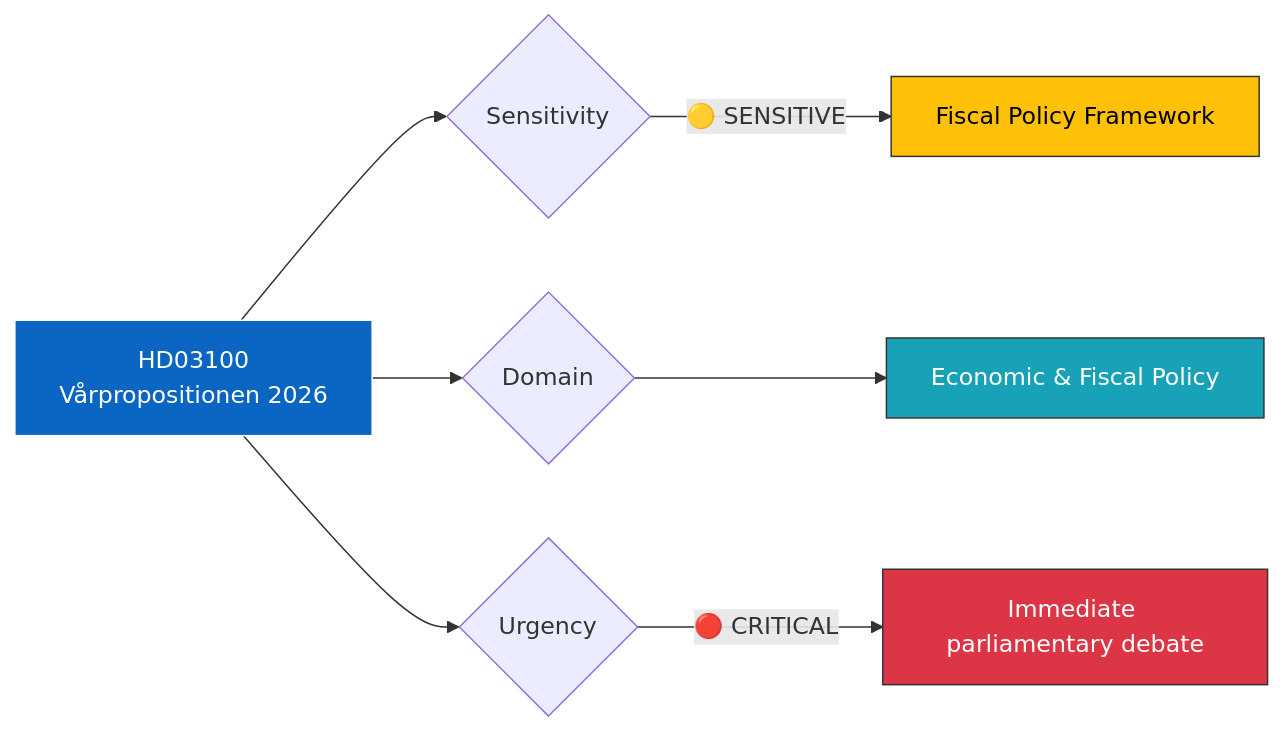
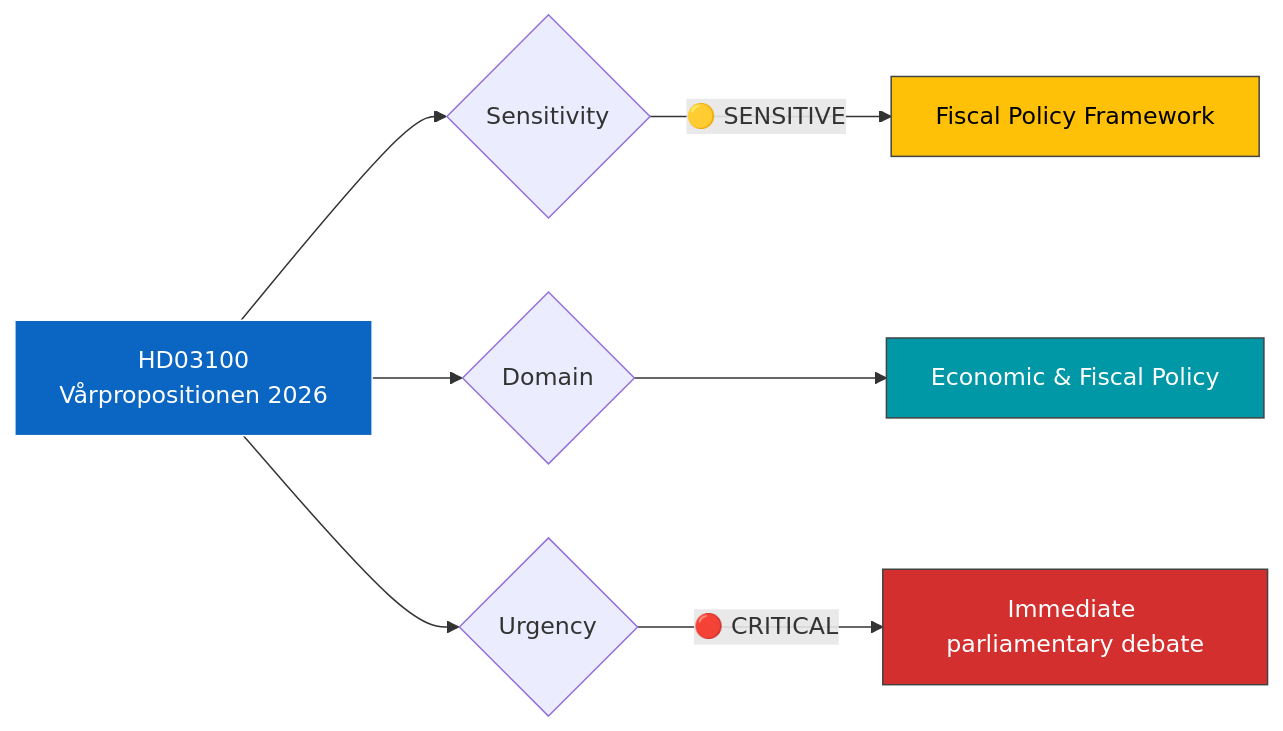
Before and after one commit to Hack23/riksdagsmonitor: the diagram in analysis/daily/2026-04-13/realtime-1433/documents/HD03100-analysis.md, drawn with Mermaid. The commit also changed 785 other files, not shown here.

First line of the commit message:
Normalize mermaid colors across 786 analysis artifacts to ISMS Style Guide palette

````diff
--- a/analysis/daily/2026-04-13/realtime-1433/documents/HD03100-analysis.md
+++ b/analysis/daily/2026-04-13/realtime-1433/documents/HD03100-analysis.md
@@ -20,13 +20,13 @@
 ```mermaid
 graph LR
     A["HD03100<br/>Vårpropositionen 2026"] --> B{"Sensitivity"}
     B -->|"🟡 SENSITIVE"| C["Fiscal Policy Framework"]
     A --> D{"Domain"}
     D --> E["Economic & Fiscal Policy"]
     A --> F{"Urgency"}
     F -->|"🔴 CRITICAL"| G["Immediate parliamentary debate"]
-    style A fill:#0A66C2,stroke:#fff,color:#fff
-    style C fill:#ffc107,stroke:#333,color:#000
-    style E fill:#17a2b8,stroke:#333,color:#fff
-    style G fill:#dc3545,stroke:#333,color:#fff
+    style A fill:#0A66C2,stroke:#FFFFFF,color:#FFFFFF
+    style C fill:#FFC107,stroke:#424242,color:#000000
+    style E fill:#0097A7,stroke:#424242,color:#FFFFFF
+    style G fill:#D32F2F,stroke:#424242,color:#FFFFFF
 ```
````
